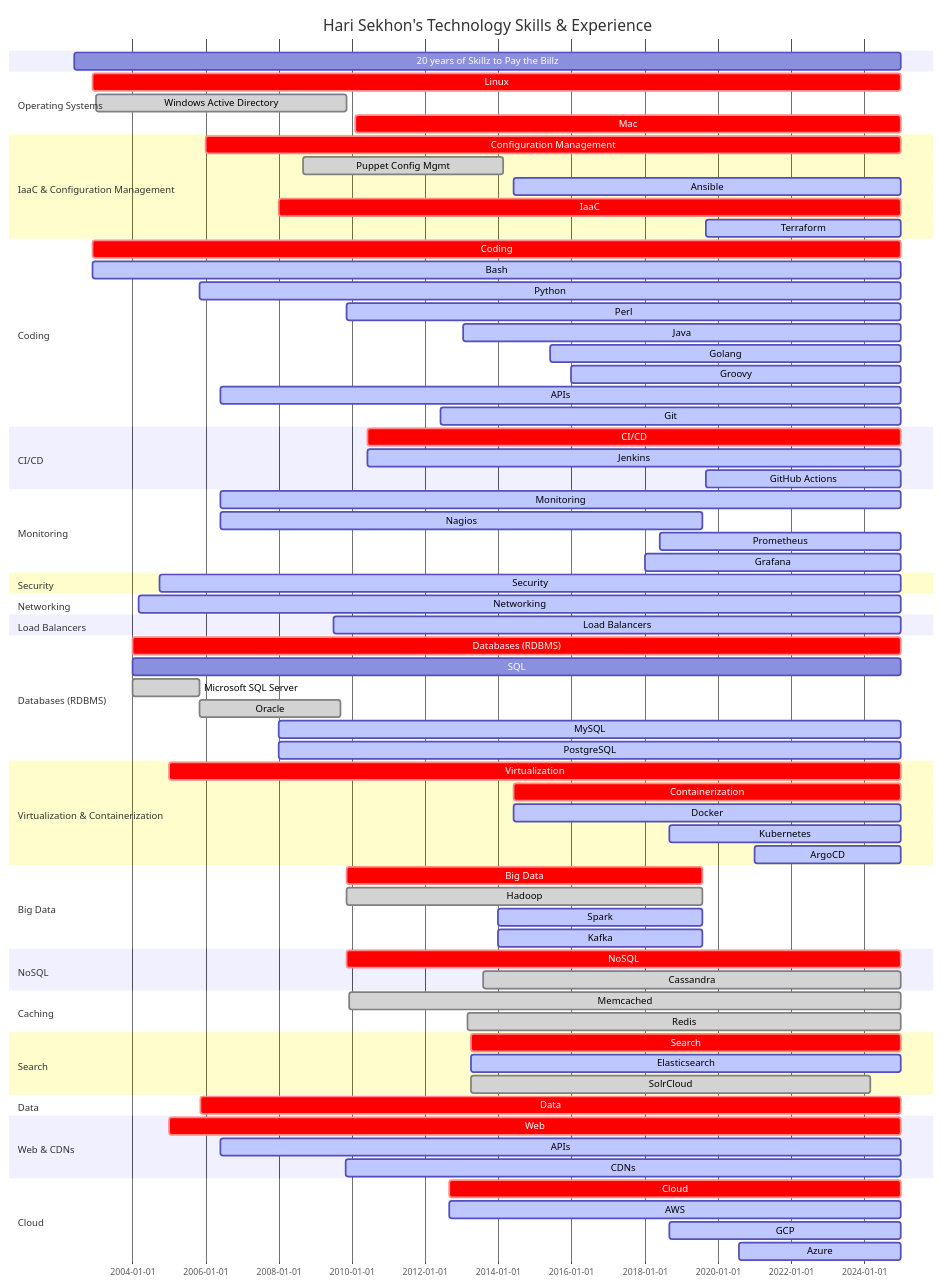
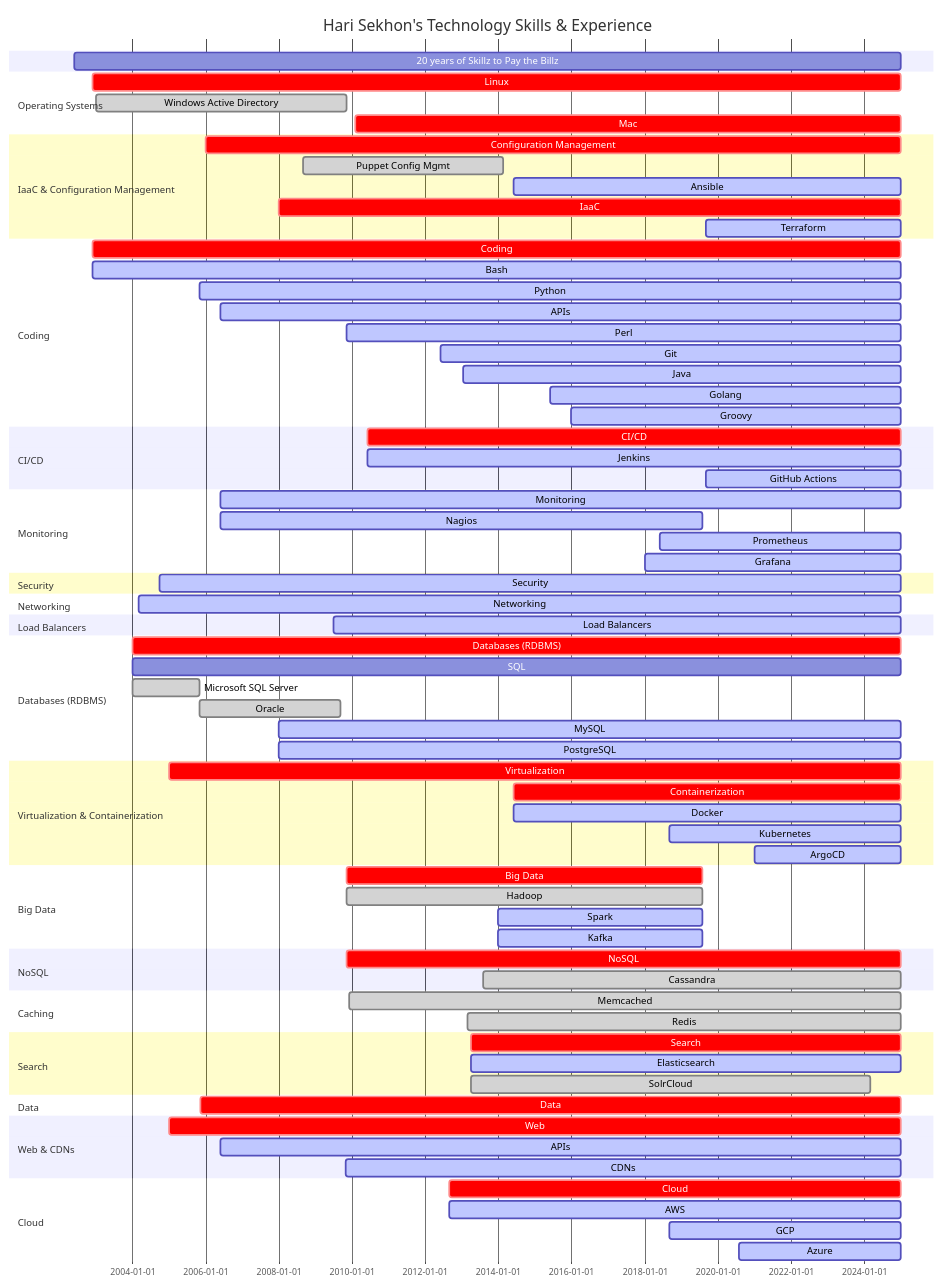
The diagram in README.md (HariSekhon/HariSekhon), drawn with Mermaid before and after one commit.

```diff
--- a/README.md
+++ b/README.md
@@ -304,8 +304,10 @@
     Coding                 : crit, 2002-12-01, 2024-12-31
     Bash                   : active, 2002-12-01, 2024-12-31
     Python                 : active, 2005-11-01, 2024-12-31
+    APIs                   : active, 2006-06-01, 2024-12-31
     %%VBScript               : done, 2005-05-01, 2009-11-01
     Perl                   : active, 2009-11-13, 2024-12-31
+    Git                    : active, 2012-06-01, 2024-12-31
     %%Ruby                   : done, 2009-11-13, 2013-01-31
     Java                   : active, 2013-01-13, 2024-12-31
     %%Jython                 : done, 2013-01-13, 2015-12-31
@@ -313,7 +315,6 @@
     %%Scala                  : done, 2014-01-01, 2015-12-31
     Golang                 : active, 2015-06-01, 2024-12-31
     Groovy                 : active, 2016-01-01, 2024-12-31
-    APIs                   : active, 2006-06-01, 2024-12-31
 
     %%section Build Systems
     %%Make                   : active, 2006-06-01, 2024-12-31
@@ -324,7 +325,7 @@
     %%section Version Control Systems
     %%Subversion             : done, 2005-11-13, 2012-06-01
     %%Mercurial              : done, 2011-06-01, 2013-06-01
-    Git                    : active, 2012-06-01, 2024-12-31
+    %%Git                    : active, 2012-06-01, 2024-12-31
     %%GitHub                 : active, 2012-12-31, 2024-12-31
 
     section CI/CD
```
